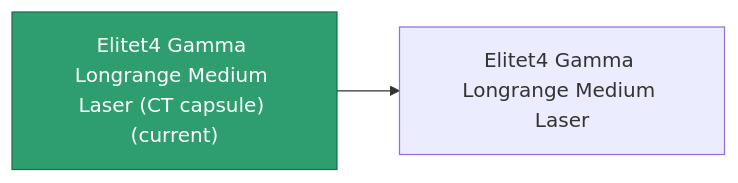
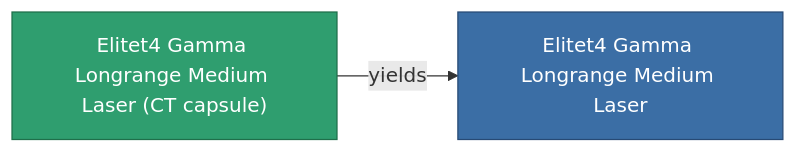
One commit to OpenPerpetuum/Wiki changed the diagram in content/content/items/elitet4_gamma_longrange_medium_laser_CT_capsule.md. Above: the diagram before and after it, drawn with Mermaid. The commit also changed other lines of this file and 2015 other files, not shown here.

````diff
--- a/content/content/items/elitet4_gamma_longrange_medium_laser_CT_capsule.md
+++ b/content/content/items/elitet4_gamma_longrange_medium_laser_CT_capsule.md
@@ -33,8 +33,9 @@
 ```mermaid
 graph LR
-    a["Elitet4 Gamma Longrange Medium Laser (CT capsule) (current)"]:::current
-    b["Elitet4 Gamma Longrange Medium Laser"]
-    a --> b
-    click b "/content/items/elitet4-gamma-longrange-medium-laser/" "Elitet4 Gamma Longrange Medium Laser"
+    a["Elitet4 Gamma Longrange Medium Laser (CT capsule)"]:::current
+    b["Elitet4 Gamma Longrange Medium Laser"]:::finished
+    a -->|yields| b
+                click b "/content/items/elitet4-gamma-longrange-medium-laser/" "Elitet4 Gamma Longrange Medium Laser"
     classDef current fill:#2f9e6f,stroke:#1f6f4a,color:#ffffff
+    classDef finished fill:#3b6ea5,stroke:#274a75,color:#ffffff
 ```
````
